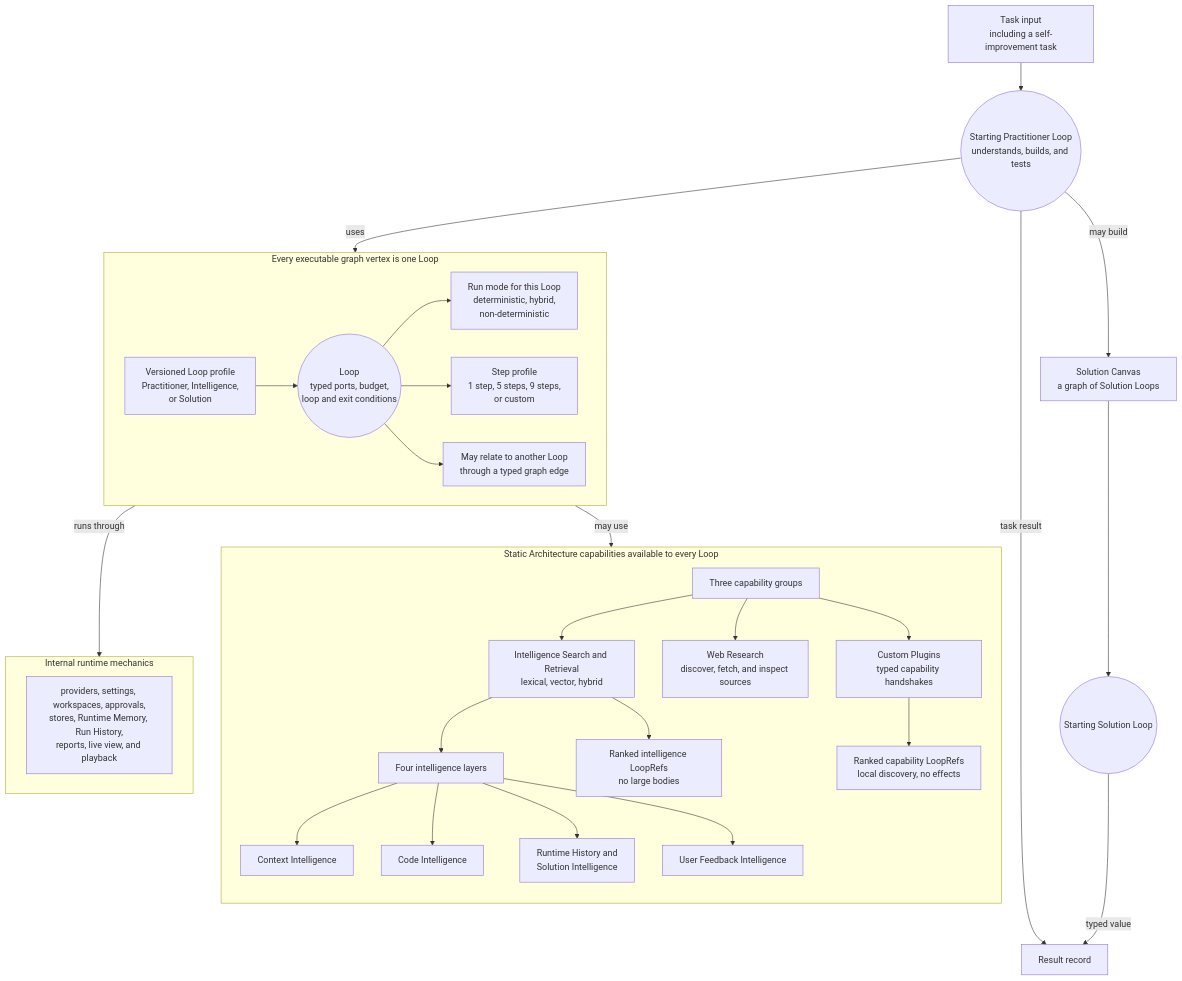
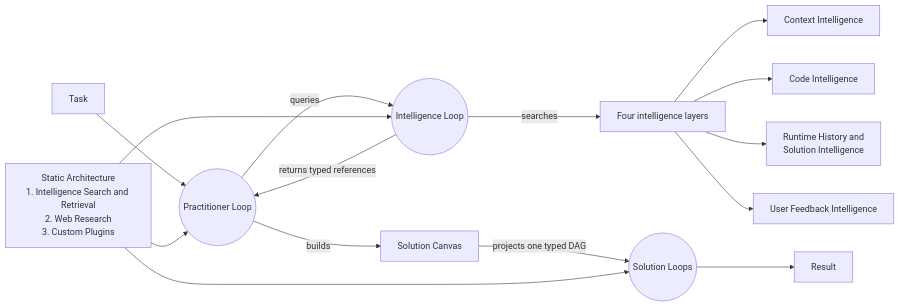
One commit to alisonjieli-png/loop-engine changed the diagram in README.md. Above: the diagram before and after it, drawn with Mermaid. The commit also changed other lines of this file and 35 other files, not shown here.

Commit message:
docs: align taxonomy with canonical Loop architecture

````diff
--- a/README.md
+++ b/README.md
@@ -10,43 +14,20 @@
 ```mermaid
-flowchart TB
-    T[Task input<br/>including a self-improvement task] --> P((Starting Practitioner Loop<br/>understands, builds, and tests))
-    P -->|may build| C[Solution Canvas<br/>a graph of Solution Loops]
-    P -->|task result| R[Result record]
-    C --> S((Starting Solution Loop))
-    S -->|typed value| R
+flowchart LR
+    T[Task] --> P((Practitioner Loop))
+    P -->|queries| I((Intelligence Loop))
+    I -->|searches| L[Four intelligence layers]
+    I -->|returns typed references| P
+    P -->|builds| C[Solution Canvas]
+    C -->|projects one typed DAG| S((Solution Loops))
+    S --> O[Result]
 
-    subgraph LOOP[Every executable graph vertex is one Loop]
-        direction LR
-        LP[Versioned Loop profile<br/>Practitioner, Intelligence,<br/>or Solution] --> L
-        L((Loop<br/>typed ports, budget,<br/>loop and exit conditions))
-        L --> M[Run mode for this Loop<br/>deterministic, hybrid,<br/>non-deterministic]
-        L --> SP[Step profile<br/>1 step, 5 steps, 9 steps,<br/>or custom]
-        L --> SL[May relate to another Loop<br/>through a typed graph edge]
-    end
+    A[Static Architecture<br/>1. Intelligence Search and Retrieval<br/>2. Web Research<br/>3. Custom Plugins]
+    A --> P
+    A --> I
+    A --> S
 
-    subgraph STATIC[Static Architecture capabilities available to every Loop]
-        direction TB
-        SA[Three capability groups]
-        SA --> RE[Intelligence Search and Retrieval<br/>lexical, vector, hybrid]
-        SA --> WR[Web Research<br/>discover, fetch, and inspect sources]
-        SA --> CP[Custom Plugins<br/>typed capability handshakes]
-
-        RE --> I[Four intelligence layers]
-        I --> CX[Context Intelligence]
-        I --> CO[Code Intelligence]
-        I --> HI[Runtime History and<br/>Solution Intelligence]
-        I --> UI[User Feedback Intelligence]
-
-        RE --> IR[Ranked intelligence LoopRefs<br/>no large bodies]
-        CP --> CR[Ranked capability LoopRefs<br/>local discovery, no effects]
-    end
-
-    subgraph INTERNAL[Internal runtime mechanics]
-        direction LR
-        IM[providers, settings, workspaces, approvals,<br/>stores, Runtime Memory, Run History,<br/>reports, live view, and playback]
-    end
-
-    P -->|uses| L
-    L -->|may use| SA
-    L -->|runs through| IM
+    L --> CX[Context Intelligence]
+    L --> CO[Code Intelligence]
+    L --> RH[Runtime History and<br/>Solution Intelligence]
+    L --> UF[User Feedback Intelligence]
 ```
````
